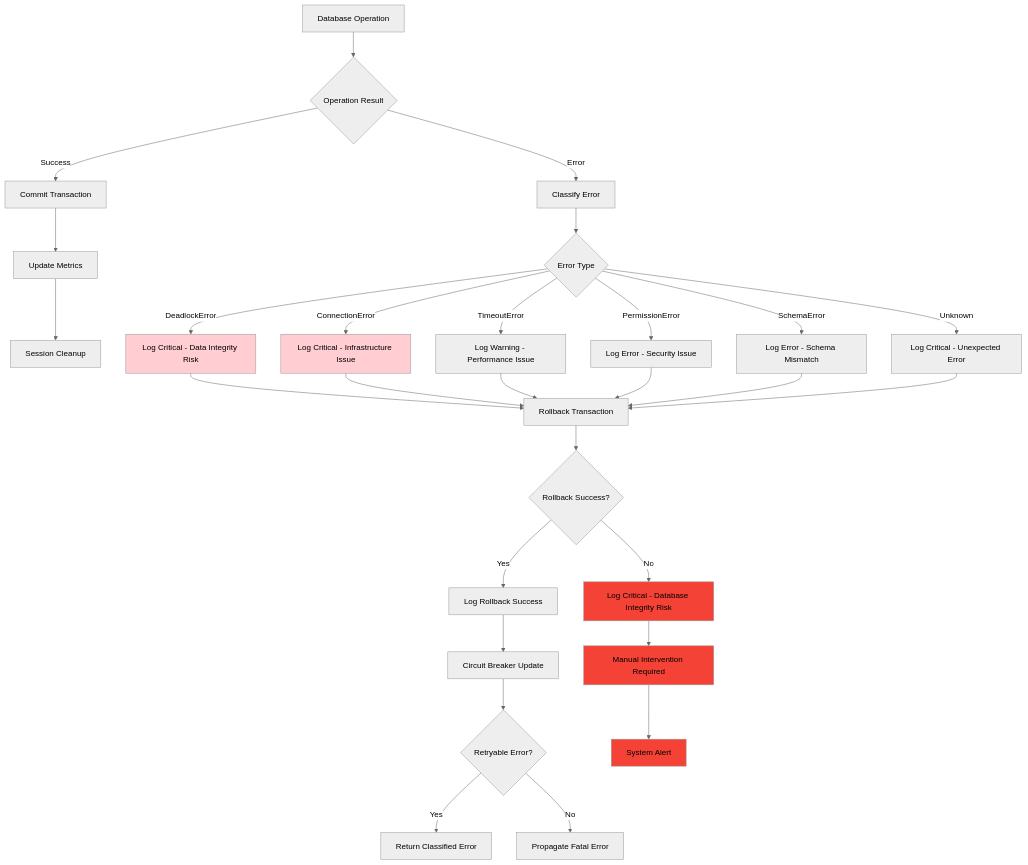
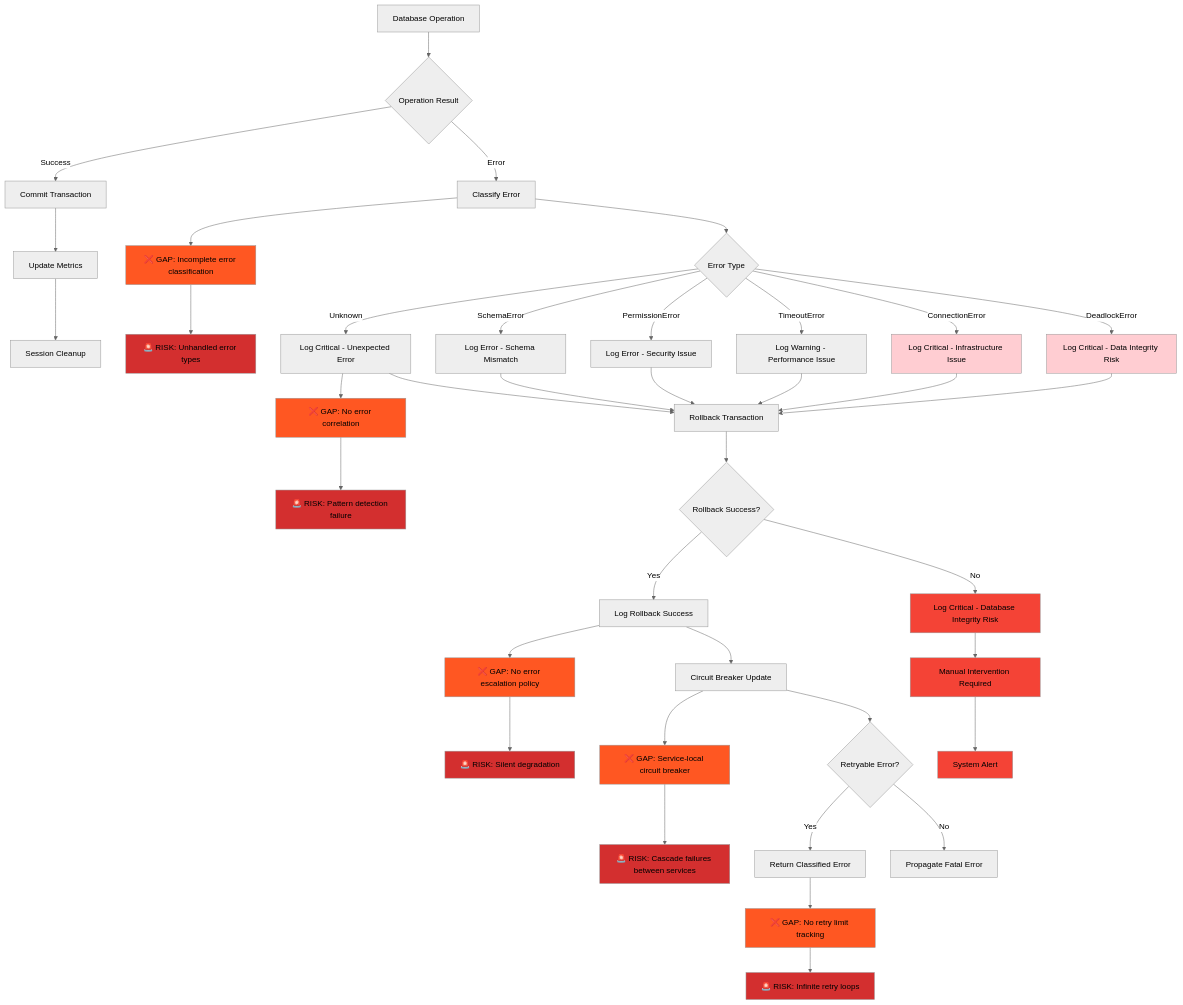
The third of 14 diagrams in docs/database_architecture_diagrams.md (netra-systems/zen), drawn with Mermaid (neutral theme) before and after one commit. The commit also changed other lines of this file and 3 other files, not shown here.

````diff
--- a/docs/database_architecture_diagrams.md
+++ b/docs/database_architecture_diagrams.md
@@ -108,44 +181,74 @@
 ```mermaid
 flowchart TD
     A[Database Operation] --> B{Operation Result}
     
     B -->|Success| C[Commit Transaction]
     C --> D[Update Metrics]
     D --> E[Session Cleanup]
     
     B -->|Error| F[Classify Error]
     F --> G{Error Type}
     
+    %% GAP: Error classification may miss edge cases
+    F --> GAP1[❌ GAP: Incomplete error classification]
+    GAP1 --> RISK1[🚨 RISK: Unhandled error types]
+    
     G -->|DeadlockError| H[Log Critical - Data Integrity Risk]
     G -->|ConnectionError| I[Log Critical - Infrastructure Issue]
     G -->|TimeoutError| J[Log Warning - Performance Issue]
     G -->|PermissionError| K[Log Error - Security Issue]
     G -->|SchemaError| L[Log Error - Schema Mismatch]
     G -->|Unknown| M[Log Critical - Unexpected Error]
+    
+    %% GAP: No error correlation across requests
+    M --> GAP2[❌ GAP: No error correlation]
+    GAP2 --> RISK2[🚨 RISK: Pattern detection failure]
     
     H --> N[Rollback Transaction]
     I --> N
     J --> N
     K --> N
     L --> N
     M --> N
     
     N --> O{Rollback Success?}
     O -->|Yes| P[Log Rollback Success]
     O -->|No| Q[Log Critical - Database Integrity Risk]
     
+    %% GAP: No automatic error escalation
+    P --> GAP3[❌ GAP: No error escalation policy]
+    GAP3 --> RISK3[🚨 RISK: Silent degradation]
+    
     P --> R[Circuit Breaker Update]
     Q --> S[Manual Intervention Required]
+    
+    %% GAP: Circuit breaker not integrated across services
+    R --> GAP4[❌ GAP: Service-local circuit breaker]
+    GAP4 --> RISK4[🚨 RISK: Cascade failures between services]
     
     R --> T{Retryable Error?}
     T -->|Yes| U[Return Classified Error]
     T -->|No| V[Propagate Fatal Error]
+    
+    %% GAP: No retry exhaustion handling
+    U --> GAP5[❌ GAP: No retry limit tracking]
+    GAP5 --> RISK5[🚨 RISK: Infinite retry loops]
     
     S --> W[System Alert]
     
     style H fill:#ffcdd2
     style I fill:#ffcdd2
     style Q fill:#f44336
     style S fill:#f44336
     style W fill:#f44336
+    style GAP1 fill:#ff5722
+    style GAP2 fill:#ff5722
+    style GAP3 fill:#ff5722
+    style GAP4 fill:#ff5722
+    style GAP5 fill:#ff5722
+    style RISK1 fill:#d32f2f
+    style RISK2 fill:#d32f2f
+    style RISK3 fill:#d32f2f
+    style RISK4 fill:#d32f2f
+    style RISK5 fill:#d32f2f
 ```
````
